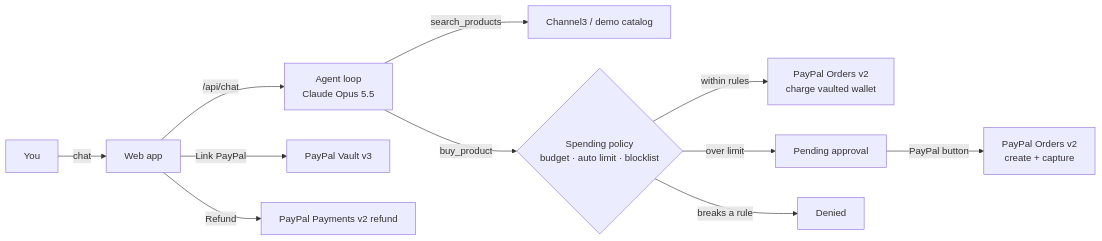
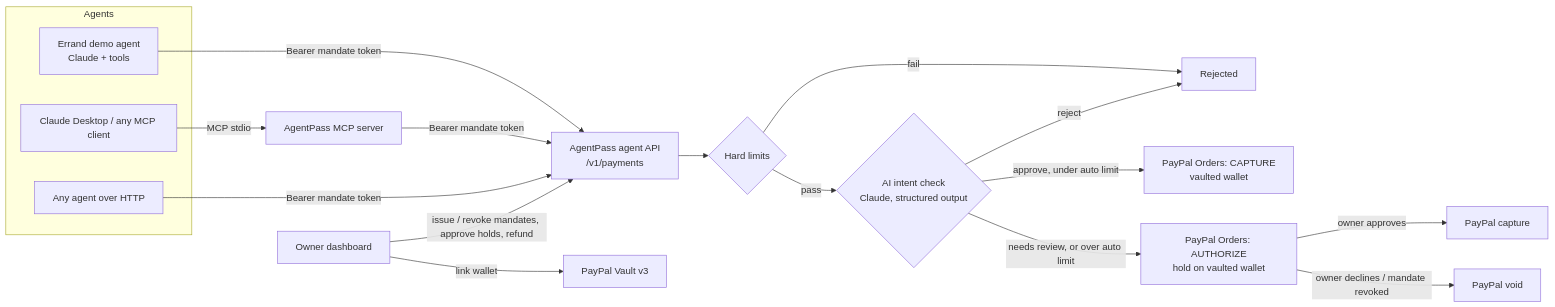
Before and after one commit to Meghs21/errand-agent: the diagram in README.md, drawn with Mermaid. The commit also changed other lines of this file and 23 other files, not shown here.

First line of the commit message:
Turn Errand into AgentPass: PayPal spending mandates for AI agents

````diff
--- a/README.md
+++ b/README.md
@@ -44,12 +48,22 @@
 ```mermaid
 flowchart LR
-  U[You] -- chat --> UI[Web app]
-  UI -- /api/chat --> A[Agent loop<br/>Claude Opus 5.5]
-  A -- search_products --> C[Channel3 / demo catalog]
-  A -- buy_product --> P{Spending policy<br/>budget · auto limit · blocklist}
-  P -- within rules --> V[PayPal Orders v2<br/>charge vaulted wallet]
-  P -- over limit --> Q[Pending approval] -- PayPal button --> O[PayPal Orders v2<br/>create + capture]
-  P -- breaks a rule --> D[Denied]
-  UI -- Link PayPal --> VT[PayPal Vault v3]
-  UI -- Refund --> R[PayPal Payments v2 refund]
+  subgraph Agents
+    E[Errand demo agent<br/>Claude + tools]
+    D[Claude Desktop / any MCP client]
+    X[Any agent over HTTP]
+  end
+  D -- MCP stdio --> M[AgentPass MCP server]
+  E -- Bearer mandate token --> API
+  M -- Bearer mandate token --> API
+  X -- Bearer mandate token --> API
+  API[AgentPass agent API<br/>/v1/payments] --> H{Hard limits}
+  H -- fail --> R[Rejected]
+  H -- pass --> V{AI intent check<br/>Claude, structured output}
+  V -- reject --> R
+  V -- approve, under auto limit --> C[PayPal Orders: CAPTURE<br/>vaulted wallet]
+  V -- needs review, or over auto limit --> A[PayPal Orders: AUTHORIZE<br/>hold on vaulted wallet]
+  A -- owner approves --> CAP[PayPal capture]
+  A -- owner declines / mandate revoked --> VOID[PayPal void]
+  O[Owner dashboard] -- link wallet --> VAULT[PayPal Vault v3]
+  O -- issue / revoke mandates, approve holds, refund --> API
 ```
````
